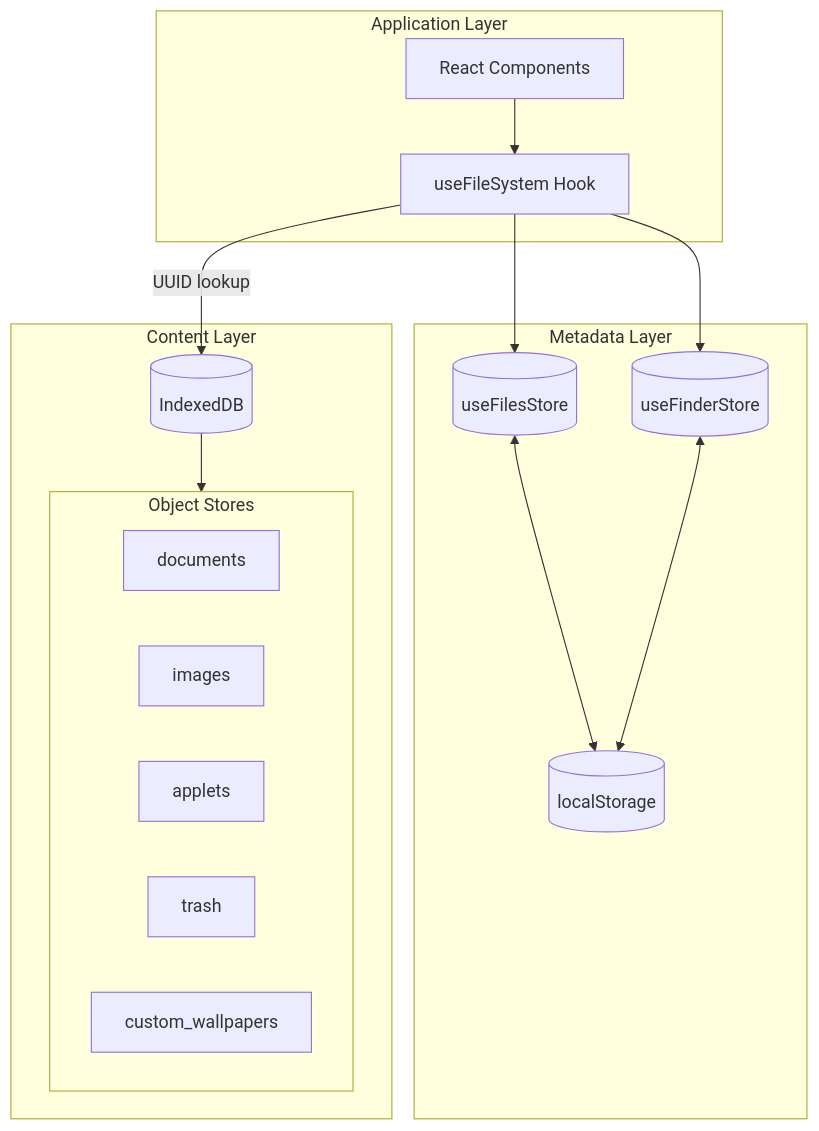
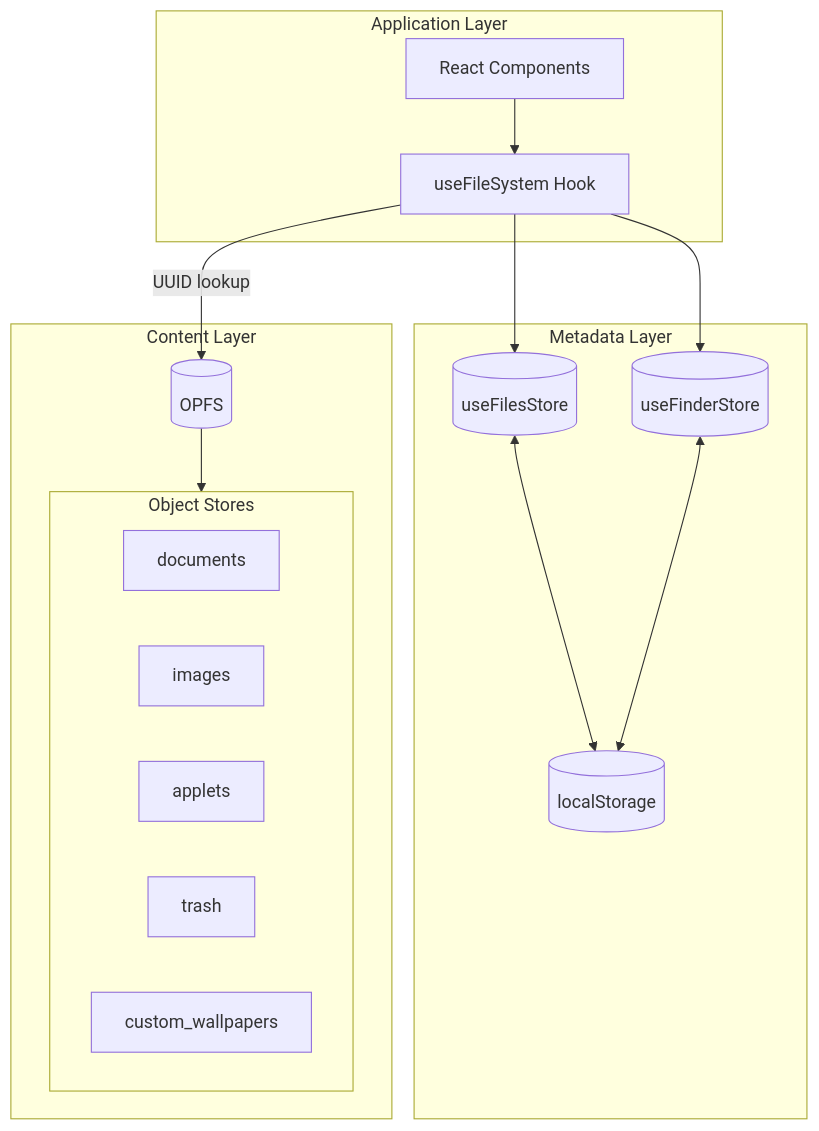
Before and after one commit to ryokun6/ryos: the first of 2 diagrams in docs/5-file-system.md, drawn with Mermaid. The commit also changed other lines of this file and 18 other files, not shown here.

````diff
--- a/docs/5-file-system.md
+++ b/docs/5-file-system.md
@@ -10,32 +10,32 @@
 ```mermaid
 graph TB
     subgraph Application["Application Layer"]
         App[React Components]
         Hook[useFileSystem Hook]
     end
     
     subgraph Metadata["Metadata Layer"]
         FilesStore[(useFilesStore)]
         FinderStore[(useFinderStore)]
         LocalStorage[(localStorage)]
     end
     
     subgraph Content["Content Layer"]
-        IDB[(IndexedDB)]
+        OPFS[(OPFS)]
         subgraph Stores["Object Stores"]
             Docs[documents]
             Imgs[images]
             Apps[applets]
             Trash[trash]
             Wall[custom_wallpapers]
         end
     end
     
     App --> Hook
     Hook --> FilesStore
     Hook --> FinderStore
     FilesStore <--> LocalStorage
     FinderStore <--> LocalStorage
-    Hook -->|"UUID lookup"| IDB
-    IDB --> Stores
+    Hook -->|"UUID lookup"| OPFS
+    OPFS --> Stores
 ```
````
